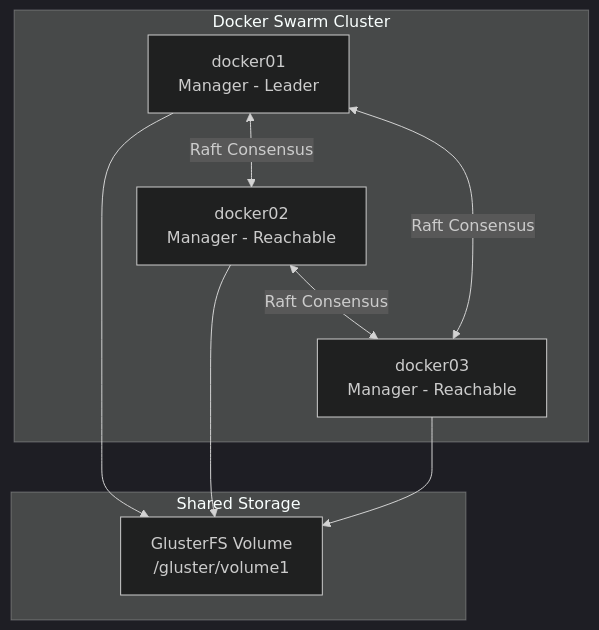
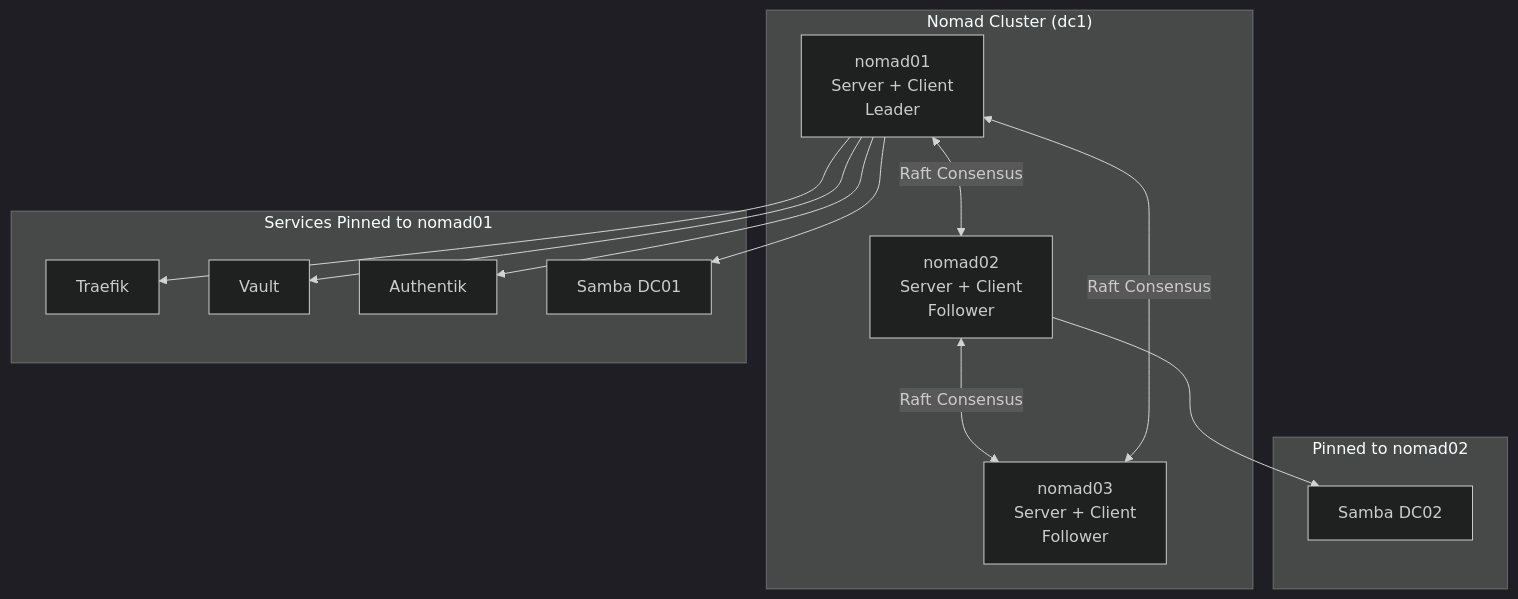
The third of 6 diagrams in docs/architecture/service-relationships.md (jknyght9/proxmox-lab), drawn with Mermaid (dark theme) before and after one commit. The commit also changed other lines of this file and 33 other files, not shown here.

First line of the commit message:
Rewrite documentation to reflect current Nomad-based architecture

````diff
--- a/docs/architecture/service-relationships.md
+++ b/docs/architecture/service-relationships.md
@@ -116,20 +158,26 @@
 ```mermaid
 graph TB
-    subgraph swarm["Docker Swarm Cluster"]
-        D1[docker01<br/>Manager - Leader]
-        D2[docker02<br/>Manager - Reachable]
-        D3[docker03<br/>Manager - Reachable]
+    subgraph nomad["Nomad Cluster (dc1)"]
+        N1[nomad01<br/>Server + Client<br/>Leader]
+        N2[nomad02<br/>Server + Client<br/>Follower]
+        N3[nomad03<br/>Server + Client<br/>Follower]
 
-        D1 <-->|Raft Consensus| D2
-        D2 <-->|Raft Consensus| D3
-        D3 <-->|Raft Consensus| D1
+        N1 <-->|"Raft Consensus"| N2
+        N2 <-->|"Raft Consensus"| N3
+        N3 <-->|"Raft Consensus"| N1
     end
 
-    subgraph storage["Shared Storage"]
-        GFS[GlusterFS Volume<br/>/gluster/volume1]
+    subgraph pinned["Services Pinned to nomad01"]
+        TRAEFIK[Traefik]
+        VAULT[Vault]
+        AUTHENTIK[Authentik]
+        DC1[Samba DC01]
     end
 
-    D1 --> GFS
-    D2 --> GFS
-    D3 --> GFS
+    subgraph pinned2["Pinned to nomad02"]
+        DC2[Samba DC02]
+    end
+
+    N1 --> TRAEFIK & VAULT & AUTHENTIK & DC1
+    N2 --> DC2
 ```
````
